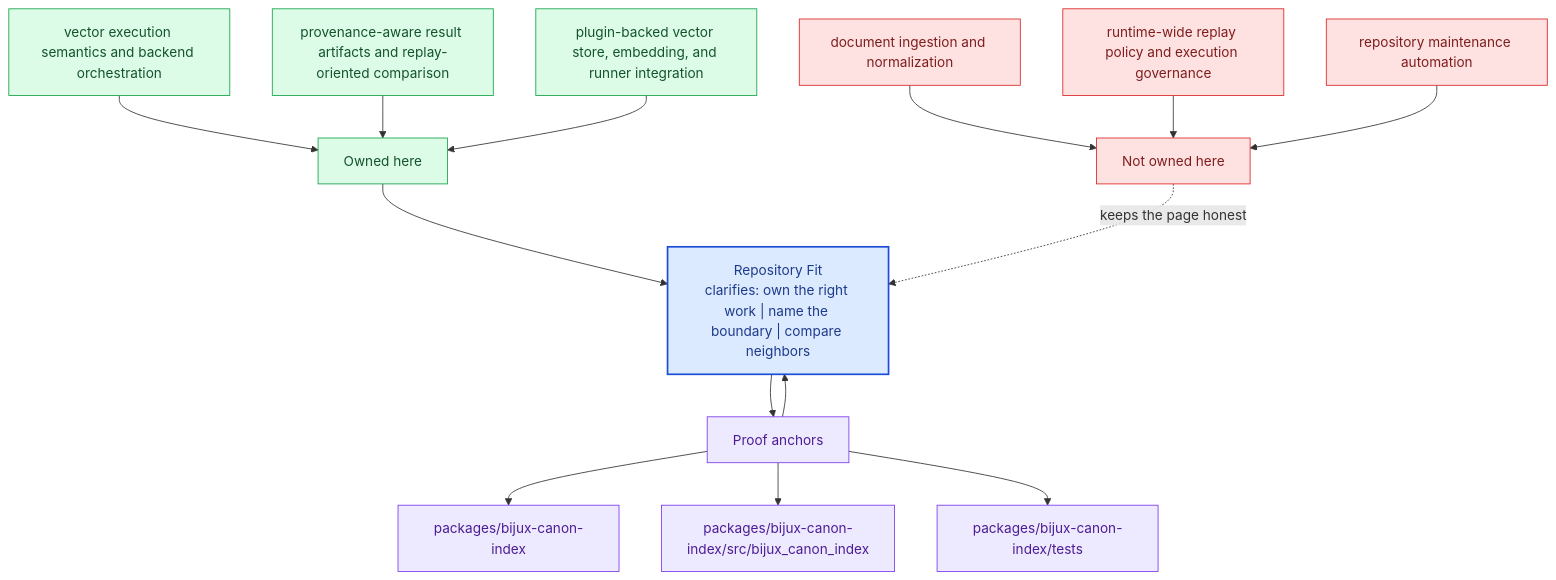
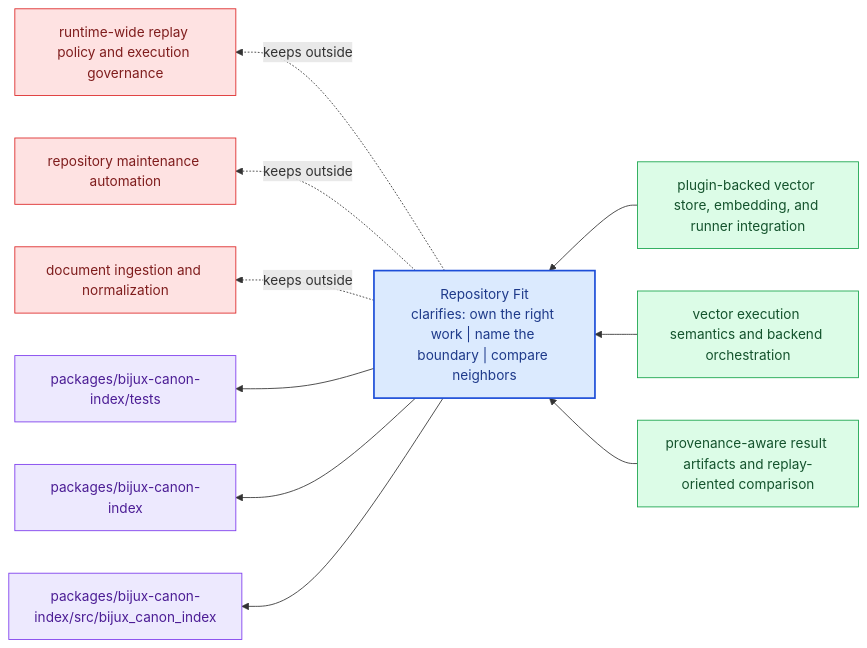
Before and after one commit to bijux/bijux-canon: the diagram in docs/bijux-canon-index/foundation/repository-fit.md, drawn with Mermaid. The commit also changed other lines of this file and 281 other files, not shown here.

Commit message:
docs(diagrams): replace repeated mermaid scaffolds with page-specific summaries

````diff
--- a/docs/bijux-canon-index/foundation/repository-fit.md
+++ b/docs/bijux-canon-index/foundation/repository-fit.md
@@ -69,40 +24,31 @@
 ```mermaid
-flowchart TB
-    promise["Repository Fit<br/>clarifies: own the right work | name the boundary | compare neighbors"]
-    classDef promise fill:#dbeafe,stroke:#1d4ed8,color:#1e3a8a,stroke-width:2px;
-    classDef driver fill:#dcfce7,stroke:#16a34a,color:#14532d;
-    classDef constraint fill:#fee2e2,stroke:#dc2626,color:#7f1d1d;
-    classDef ground fill:#ede9fe,stroke:#7c3aed,color:#4c1d95;
-    focus1["Owned here"]
-    focus1 --> promise
-    focus1_1["vector execution semantics and backend orchestration"]
-    focus1_1 --> focus1
-    focus1_2["provenance-aware result artifacts and replay-oriented comparison"]
-    focus1_2 --> focus1
-    focus1_3["plugin-backed vector store, embedding, and runner integration"]
-    focus1_3 --> focus1
-    class focus1 driver;
-    class focus1_1,focus1_2,focus1_3 driver;
-    focus2["Not owned here"]
-    focus2 -.keeps the page honest.-> promise
-    focus2_1["document ingestion and normalization"]
-    focus2_1 --> focus2
-    focus2_2["runtime-wide replay policy and execution governance"]
-    focus2_2 --> focus2
-    focus2_3["repository maintenance automation"]
-    focus2_3 --> focus2
-    class focus2 constraint;
-    class focus2_1,focus2_2,focus2_3 constraint;
-    focus3["Proof anchors"]
-    focus3 --> promise
-    promise --> focus3
-    focus3_1["packages/bijux-canon-index"]
-    focus3 --> focus3_1
-    focus3_2["packages/bijux-canon-index/src/bijux_canon_index"]
-    focus3 --> focus3_2
-    focus3_3["packages/bijux-canon-index/tests"]
-    focus3 --> focus3_3
-    class focus3 ground;
-    class focus3_1,focus3_2,focus3_3 ground;
-    class promise promise;
+flowchart RL
+    page["Repository Fit<br/>clarifies: own the right work | name the boundary | compare neighbors"]
+    classDef page fill:#dbeafe,stroke:#1d4ed8,color:#1e3a8a,stroke-width:2px;
+    classDef positive fill:#dcfce7,stroke:#16a34a,color:#14532d;
+    classDef caution fill:#fee2e2,stroke:#dc2626,color:#7f1d1d;
+    classDef anchor fill:#ede9fe,stroke:#7c3aed,color:#4c1d95;
+    classDef action fill:#fef3c7,stroke:#d97706,color:#7c2d12;
+    own1["plugin-backed vector store, embedding, and runner integration"]
+    own1 --> page
+    own2["vector execution semantics and backend orchestration"]
+    own2 --> page
+    own3["provenance-aware result artifacts and replay-oriented comparison"]
+    own3 --> page
+    limit1["runtime-wide replay policy and execution governance"]
+    page -.keeps outside.-> limit1
+    limit2["repository maintenance automation"]
+    page -.keeps outside.-> limit2
+    limit3["document ingestion and normalization"]
+    page -.keeps outside.-> limit3
+    anchor1["packages/bijux-canon-index/tests"]
+    page --> anchor1
+    anchor2["packages/bijux-canon-index"]
+    page --> anchor2
+    anchor3["packages/bijux-canon-index/src/bijux_canon_index"]
+    page --> anchor3
+    class page page;
+    class own1,own2,own3 positive;
+    class limit1,limit2,limit3 caution;
+    class anchor1,anchor2,anchor3 anchor;
 ```
````
